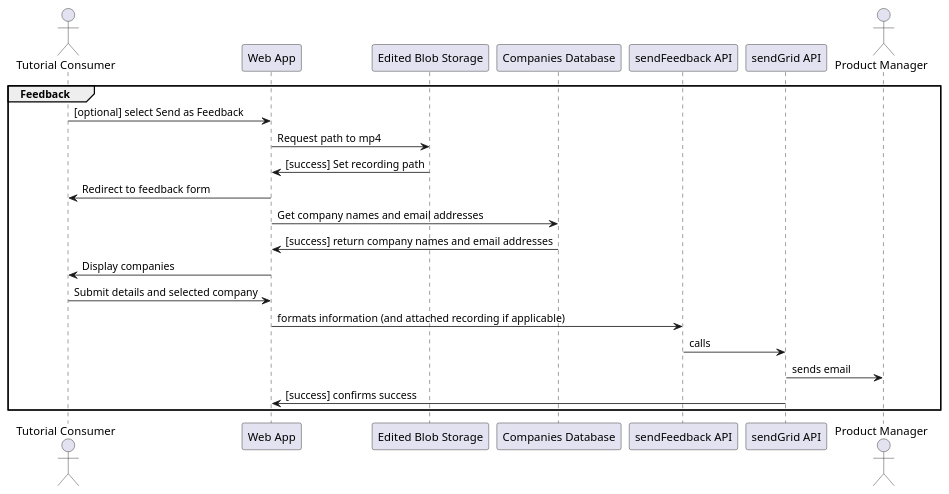
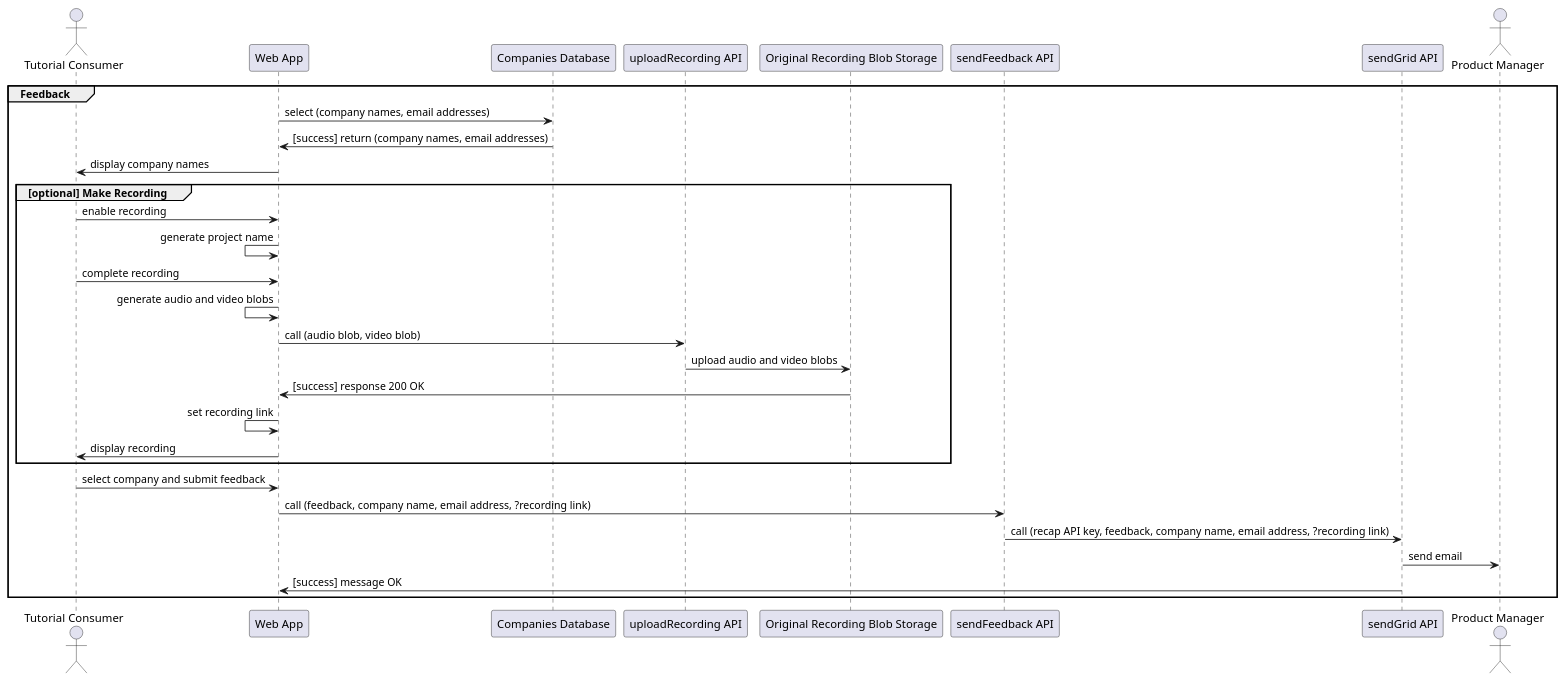
One commit to jennifer-platt/ECM2429-UML changed the diagram in examples/feedback.puml. Above: the diagram before and after it, drawn with PlantUML. The commit also changed 3 other files, not shown here.

```diff
--- a/examples/feedback.puml
+++ b/examples/feedback.puml
@@ -1,21 +1,31 @@
 @startuml system-flow_enter-test-result-code
 
 Actor "Tutorial Consumer"
 
 group Feedback
-"Tutorial Consumer" -> "Web App": [optional] select Send as Feedback
-"Web App" -> "Edited Blob Storage": Request path to mp4
-"Web App" <- "Edited Blob Storage": [success] Set recording path
-"Tutorial Consumer" <- "Web App": Redirect to feedback form
-"Web App" -> "Companies Database": Get company names and email addresses
-"Web App" <- "Companies Database": [success] return company names and email addresses
-"Tutorial Consumer" <- "Web App": Display companies
-"Tutorial Consumer" -> "Web App": Submit details and selected company
-"Web App" -> "sendFeedback API": formats information (and attached recording if applicable)
-"sendFeedback API" ->  "sendGrid API": calls
+"Web App" -> "Companies Database": select (company names, email addresses)
+"Web App" <- "Companies Database": [success] return (company names, email addresses)
+"Tutorial Consumer" <- "Web App": display company names
+
+group [optional] Make Recording
+"Tutorial Consumer" -> "Web App": enable recording
+"Web App" <- "Web App": generate project name
+"Tutorial Consumer" -> "Web App": complete recording
+
+"Web App" <- "Web App": generate audio and video blobs
+"Web App" -> "uploadRecording API": call (audio blob, video blob)
+"uploadRecording API" -> "Original Recording Blob Storage": upload audio and video blobs
+"Web App" <- "Original Recording Blob Storage": [success] response 200 OK
+"Web App" <- "Web App": set recording link
+"Tutorial Consumer" <- "Web App": display recording
+end
+
+"Tutorial Consumer" -> "Web App": select company and submit feedback
+"Web App" -> "sendFeedback API": call (feedback, company name, email address, ?recording link)
+"sendFeedback API" ->  "sendGrid API": call (recap API key, feedback, company name, email address, ?recording link)
 Actor "Product Manager"
-"sendGrid API" -> "Product Manager": sends email
-"sendGrid API" -> "Web App": [success] confirms success
+"sendGrid API" -> "Product Manager": send email
+"sendGrid API" -> "Web App": [success] message OK
 end
 
 @enduml
```
